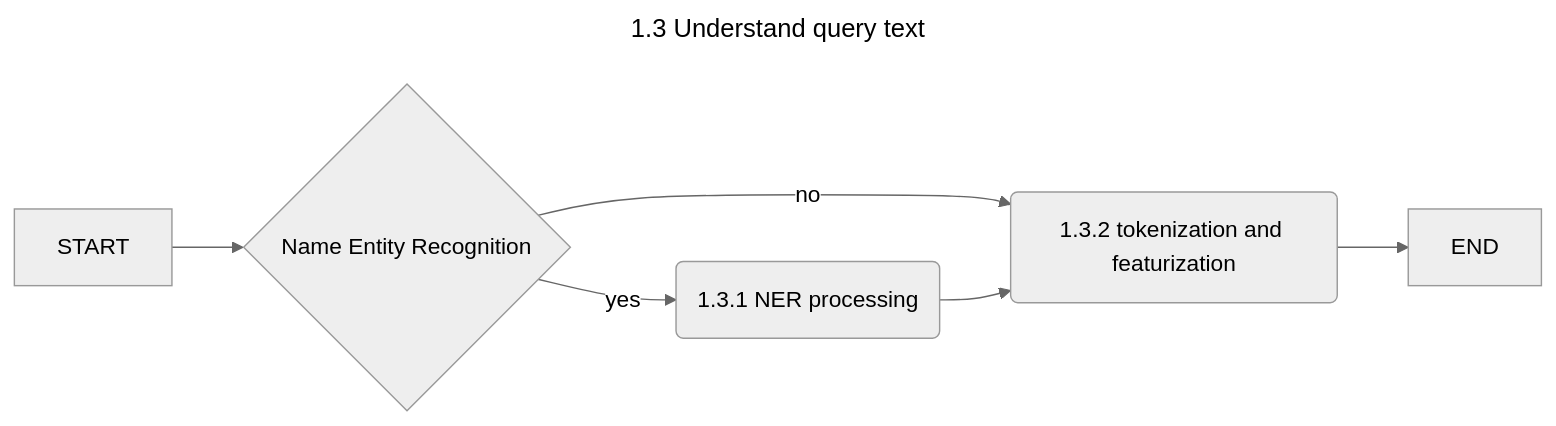
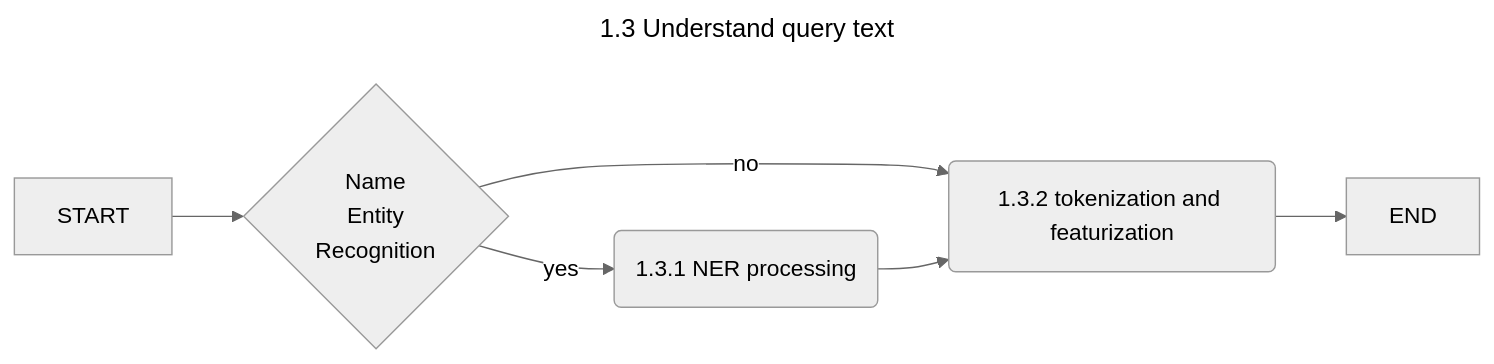
One commit to zchangvs/diagram changed the diagram in 1_3_Understand_query_text.md. Above: the diagram before and after it, drawn with Mermaid (neutral theme).

````diff
--- a/1_3_Understand_query_text.md
+++ b/1_3_Understand_query_text.md
@@ -1,11 +1,11 @@
 ```mermaid
 ---
 title: 1.3 Understand query text
 ---
 flowchart LR
-    ST[START] --> CNER{Name Entity Recognition}
+    ST[START] --> CNER{Name<br>Entity<br>Recognition}
     CNER --> |yes| NER(1.3.1 NER processing)
     CNER --> |no| TF(1.3.2 tokenization and featurization)
     NER --> TF
     TF --> ED[END]
 ```
````
